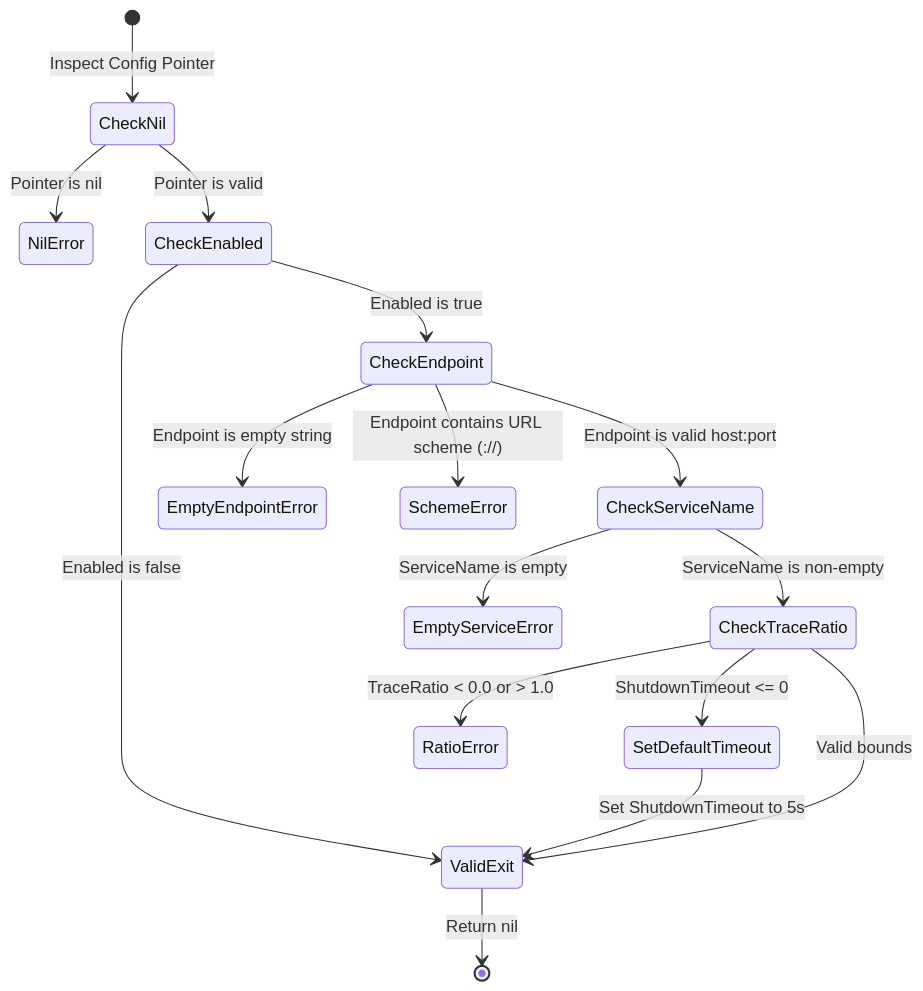
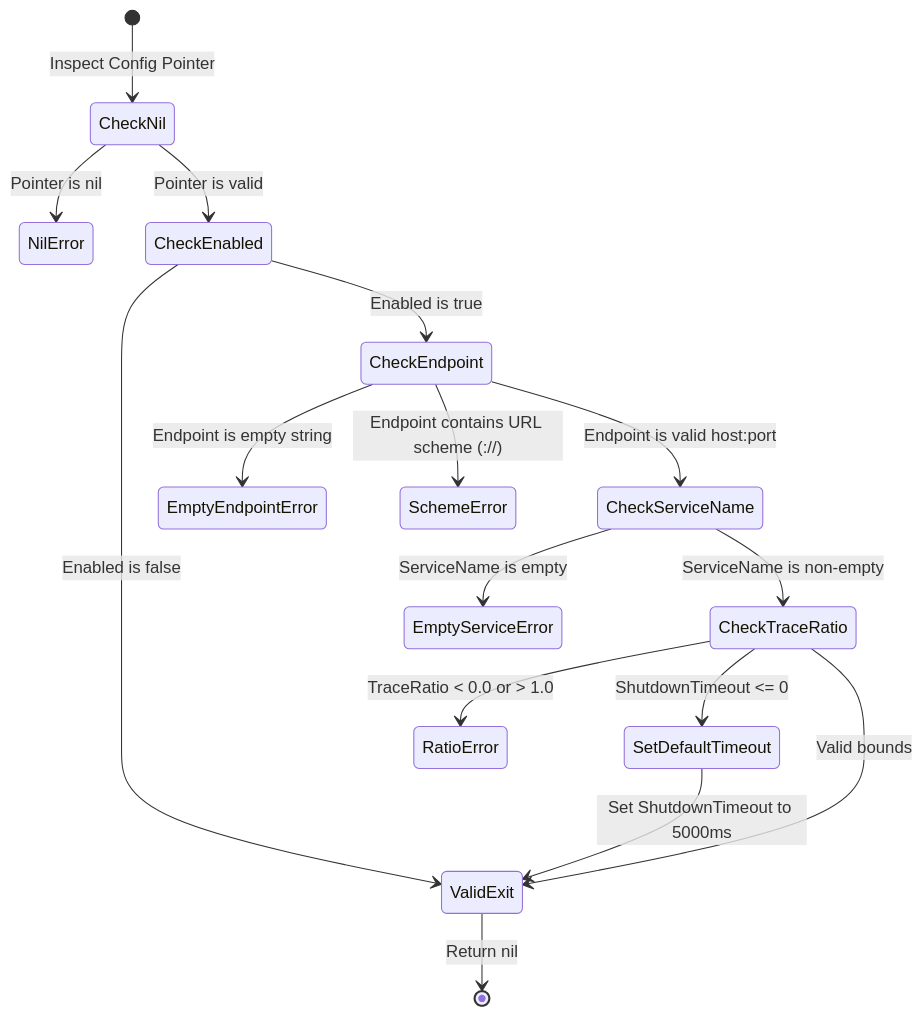
The second of 2 diagrams in docs/modules/configuration.md (Jkenyut/nvx-go-telemetry), drawn with Mermaid before and after one commit. The commit also changed other lines of this file and 4 other files, not shown here.

Commit message:
refactor: change ShutdownTimeout configuration type from time.Duration to int64 milliseconds

````diff
--- a/docs/modules/configuration.md
+++ b/docs/modules/configuration.md
@@ -34,23 +34,23 @@
 ```mermaid
 stateDiagram-v2
     [*] --> CheckNil: Inspect Config Pointer
     CheckNil --> NilError: Pointer is nil
     CheckNil --> CheckEnabled: Pointer is valid
 
     CheckEnabled --> ValidExit: Enabled is false
     CheckEnabled --> CheckEndpoint: Enabled is true
 
     CheckEndpoint --> EmptyEndpointError: Endpoint is empty string
     CheckEndpoint --> SchemeError: Endpoint contains URL scheme (://)
     CheckEndpoint --> CheckServiceName: Endpoint is valid host:port
 
     CheckServiceName --> EmptyServiceError: ServiceName is empty
     CheckServiceName --> CheckTraceRatio: ServiceName is non-empty
 
     CheckTraceRatio --> RatioError: TraceRatio < 0.0 or > 1.0
     CheckTraceRatio --> SetDefaultTimeout: ShutdownTimeout <= 0
     CheckTraceRatio --> ValidExit: Valid bounds
 
-    SetDefaultTimeout --> ValidExit: Set ShutdownTimeout to 5s
+    SetDefaultTimeout --> ValidExit: Set ShutdownTimeout to 5000ms
     ValidExit --> [*]: Return nil
 ```
````
